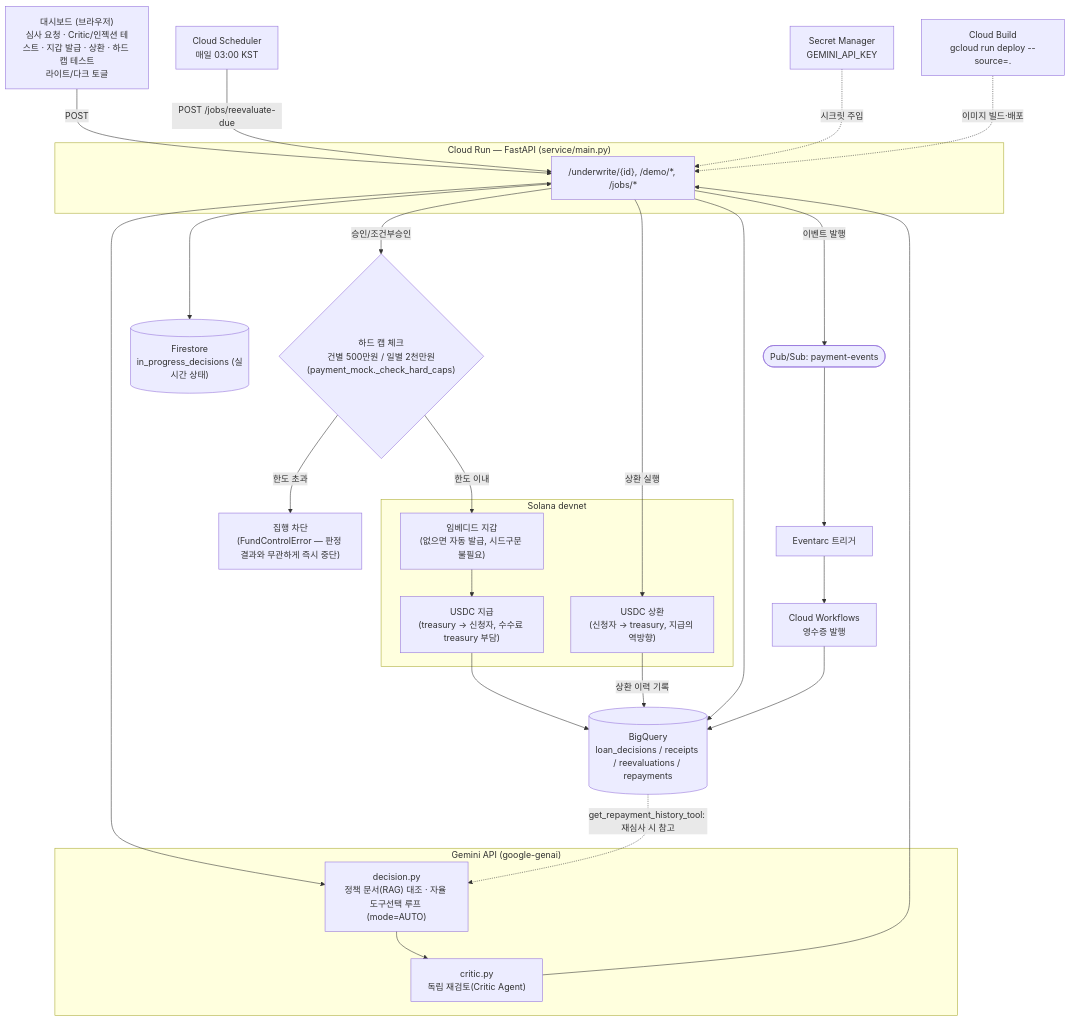
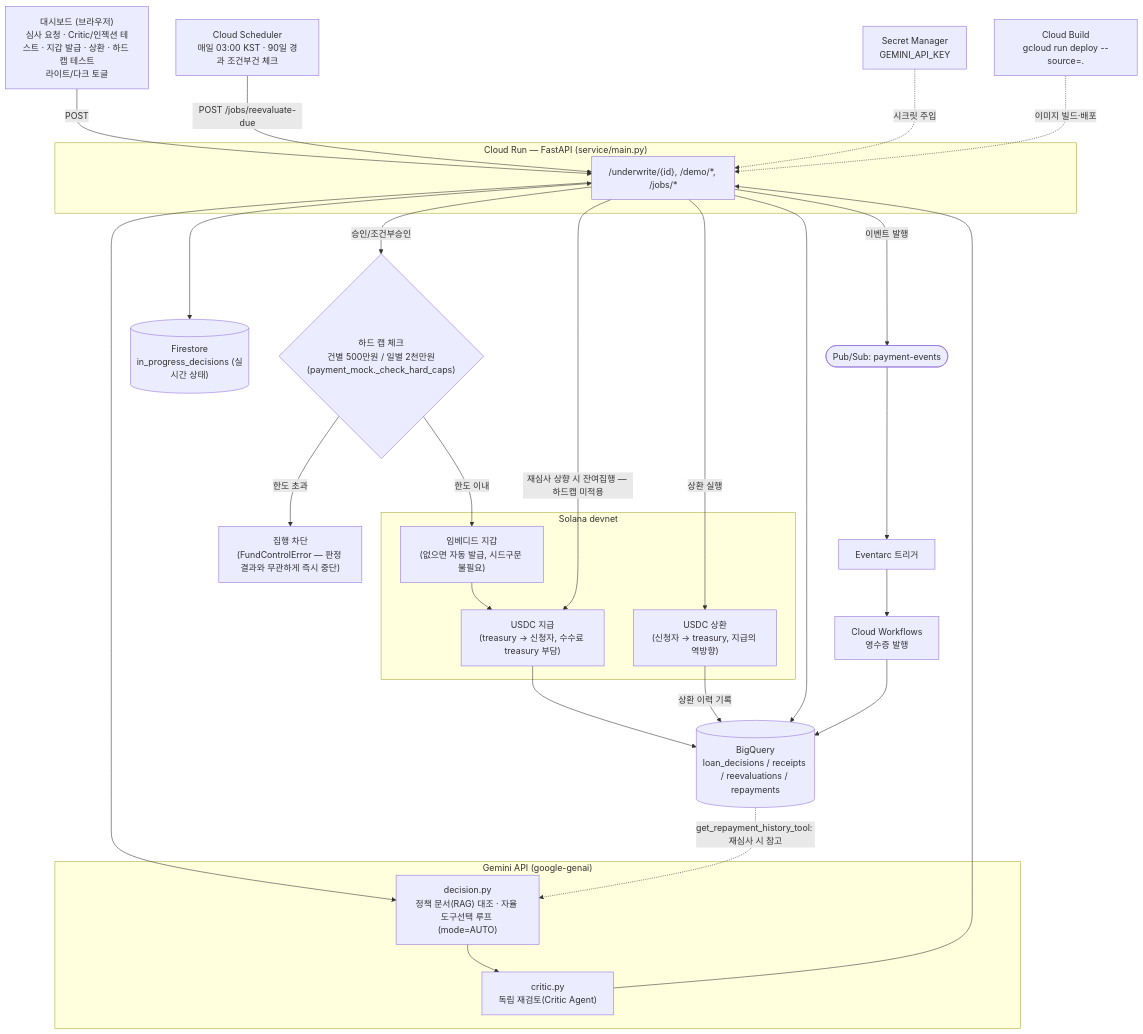
The diagram in docs/architecture.mmd (sujin-1015/creditflow-ai-agent), drawn with Mermaid before and after one commit.

Commit message:
Clarify scheduler cadence and surface the reevaluation hard-cap gap
- Cloud Scheduler node now says what it actually checks (90-day
  conditional loans), not just that it runs daily -- "runs daily"
  reads as "reevaluates daily," which it doesn't.
- Added the disburse_remaining() edge: the reevaluation upgrade path
  reaches Transfer without going through _check_hard_caps(), unlike
  the initial disbursement. Documenting this as-is; not fixed in code.

```diff
--- a/docs/architecture.mmd
+++ b/docs/architecture.mmd
@@ -1,47 +1,48 @@
 flowchart TB
     Browser["대시보드 (브라우저)<br/>심사 요청 · Critic/인젝션 테스트 · 지갑 발급 · 상환 · 하드 캡 테스트<br/>라이트/다크 토글"]
 
     subgraph Run["Cloud Run — FastAPI (service/main.py)"]
         API["/underwrite/{id}, /demo/*, /jobs/*"]
     end
 
     subgraph AI["Gemini API (google-genai)"]
         Decision["decision.py<br/>정책 문서(RAG) 대조 · 자율 도구선택 루프 (mode=AUTO)"]
         Critic["critic.py<br/>독립 재검토(Critic Agent)"]
     end
 
     HardCap{"하드 캡 체크<br/>건별 500만원 / 일별 2천만원<br/>(payment_mock._check_hard_caps)"}
     Blocked["집행 차단<br/>(FundControlError — 판정 결과와 무관하게 즉시 중단)"]
 
     subgraph Chain["Solana devnet"]
         Wallet["임베디드 지갑<br/>(없으면 자동 발급, 시드구문 불필요)"]
         Transfer["USDC 지급<br/>(treasury → 신청자, 수수료 treasury 부담)"]
         Repay["USDC 상환<br/>(신청자 → treasury, 지급의 역방향)"]
     end
 
     BQ[("BigQuery<br/>loan_decisions / receipts / reevaluations / repayments")]
     FS[("Firestore<br/>in_progress_decisions (실시간 상태)")]
     PS(["Pub/Sub: payment-events"])
     EA["Eventarc 트리거"]
     WF["Cloud Workflows<br/>영수증 발행"]
-    SCH["Cloud Scheduler<br/>매일 03:00 KST"]
+    SCH["Cloud Scheduler<br/>매일 03:00 KST · 90일 경과 조건부건 체크"]
     SM["Secret Manager<br/>GEMINI_API_KEY"]
     CB["Cloud Build<br/>gcloud run deploy --source=."]
 
     Browser -->|POST| API
     API <--> FS
     API --> Decision --> Critic
     Critic --> API
     API -->|승인/조건부승인| HardCap
     HardCap -->|한도 이내| Wallet --> Transfer
     HardCap -->|한도 초과| Blocked
     API -->|상환 실행| Repay
+    API -->|재심사 상향 시 잔여집행 — 하드캡 미적용| Transfer
     Transfer --> BQ
     Repay -->|상환 이력 기록| BQ
     BQ -.->|get_repayment_history_tool: 재심사 시 참고| Decision
     API --> BQ
     API -->|이벤트 발행| PS --> EA --> WF --> BQ
     SCH -->|POST /jobs/reevaluate-due| API
 
     SM -.->|시크릿 주입| API
     CB -.->|이미지 빌드·배포| API
```
